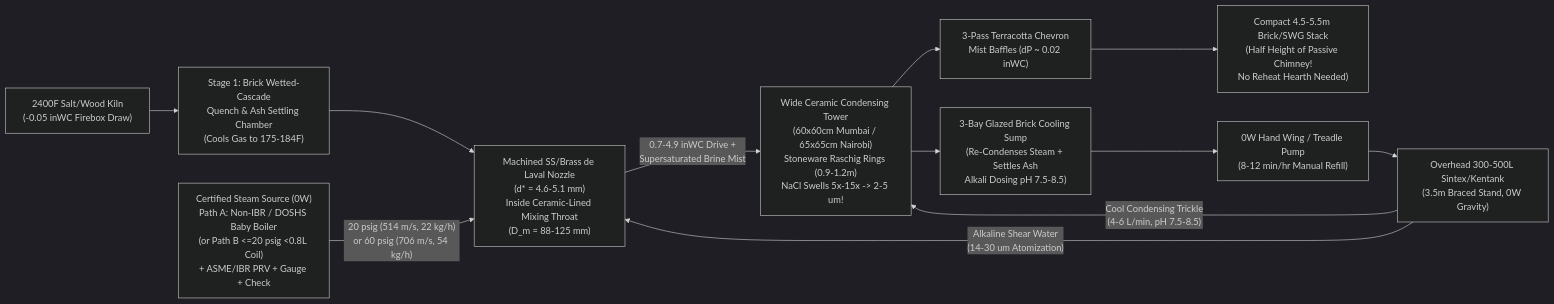
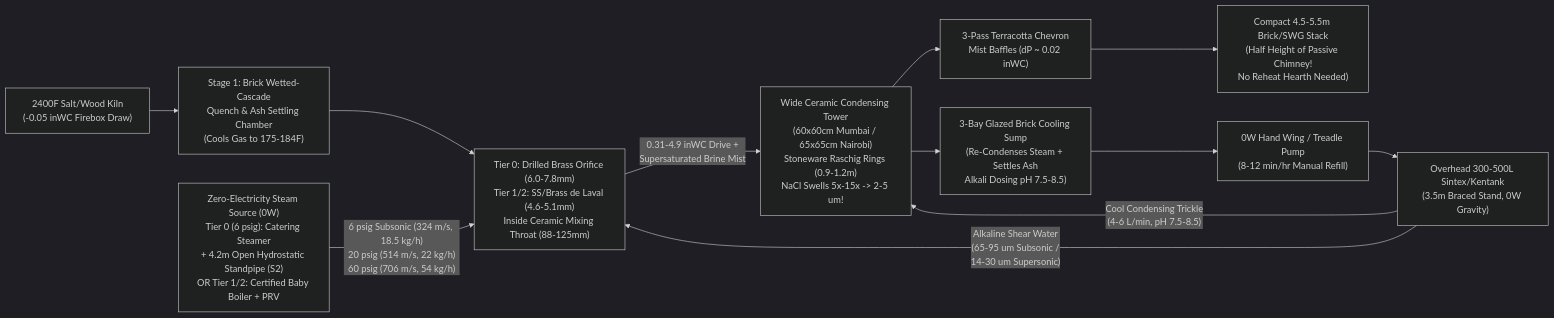
The second of 2 diagrams in docs/STEAM_EJECTOR_ZERO_ELECTRICITY.md (AaronFilson/kilnscrub), drawn with Mermaid (dark theme) before and after one commit. The commit also changed other lines of this file and 14 other files, not shown here.

Commit message:
feat(phase10c): integrate Subsonic Quiet Steam-Jet Ejector (6 psig, Mach < 1.0, ~52 dBA, 4.2 m hydrostatic standpipe)

````diff
--- a/docs/STEAM_EJECTOR_ZERO_ELECTRICITY.md
+++ b/docs/STEAM_EJECTOR_ZERO_ELECTRICITY.md
@@ -265,14 +350,14 @@
 ```mermaid
 flowchart LR
     Kiln["2400F Salt/Wood Kiln\n(-0.05 inWC Firebox Draw)"] --> Quench["Stage 1: Brick Wetted-Cascade\nQuench & Ash Settling Chamber\n(Cools Gas to 175-184F)"]
-    Boiler["Certified Steam Source (0W)\nPath A: Non-IBR / DOSHS Baby Boiler\n(or Path B <=20 psig <0.8L Coil)\n+ ASME/IBR PRV + Gauge + Check"] -->|"20 psig (514 m/s, 22 kg/h)\nor 60 psig (706 m/s, 54 kg/h)"| Nozzle["Machined SS/Brass de Laval Nozzle\n(d* = 4.6-5.1 mm)\nInside Ceramic-Lined Mixing Throat\n(D_m = 88-125 mm)"]
+    Boiler["Zero-Electricity Steam Source (0W)\nTier 0 (6 psig): Catering Steamer\n+ 4.2m Open Hydrostatic Standpipe (S2)\nOR Tier 1/2: Certified Baby Boiler + PRV"] -->|"6 psig Subsonic (324 m/s, 18.5 kg/h)\n20 psig (514 m/s, 22 kg/h)\n60 psig (706 m/s, 54 kg/h)"| Nozzle["Tier 0: Drilled Brass Orifice (6.0-7.8mm)\nTier 1/2: SS/Brass de Laval (4.6-5.1mm)\nInside Ceramic Mixing Throat (88-125mm)"]
     Quench --> Nozzle
-    Tank["Overhead 300-500L Sintex/Kentank\n(3.5m Braced Stand, 0W Gravity)"] -->|"Alkaline Shear Water\n(14-30 um Atomization)"| Nozzle
+    Tank["Overhead 300-500L Sintex/Kentank\n(3.5m Braced Stand, 0W Gravity)"] -->|"Alkaline Shear Water\n(65-95 um Subsonic /\n14-30 um Supersonic)"| Nozzle
     Tank -->|"Cool Condensing Trickle\n(4-6 L/min, pH 7.5-8.5)"| Tower
-    Nozzle -->|"0.7-4.9 inWC Drive +\nSupersaturated Brine Mist"| Tower["Wide Ceramic Condensing Tower\n(60x60cm Mumbai / 65x65cm Nairobi)\nStoneware Raschig Rings (0.9-1.2m)\nNaCl Swells 5x-15x -> 2-5 um!"]
+    Nozzle -->|"0.31-4.9 inWC Drive +\nSupersaturated Brine Mist"| Tower["Wide Ceramic Condensing Tower\n(60x60cm Mumbai / 65x65cm Nairobi)\nStoneware Raschig Rings (0.9-1.2m)\nNaCl Swells 5x-15x -> 2-5 um!"]
     Tower --> Baffle["3-Pass Terracotta Chevron\nMist Baffles (dP ~ 0.02 inWC)"]
     Baffle --> Stack["Compact 4.5-5.5m Brick/SWG Stack\n(Half Height of Passive Chimney!\nNo Reheat Hearth Needed)"]
     Tower --> Sump["3-Bay Glazed Brick Cooling Sump\n(Re-Condenses Steam + Settles Ash\nAlkali Dosing pH 7.5-8.5)"]
     Sump --> HandPump["0W Hand Wing / Treadle Pump\n(8-12 min/hr Manual Refill)"]
     HandPump --> Tank
 ```
````
